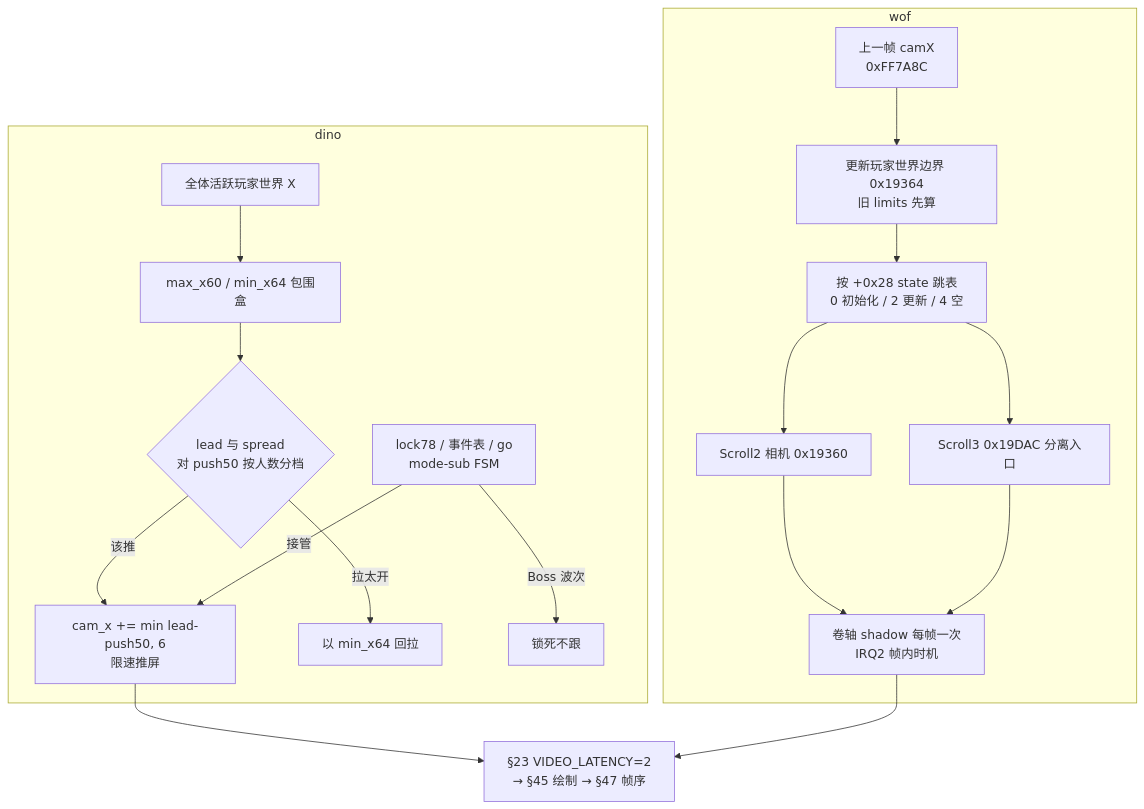
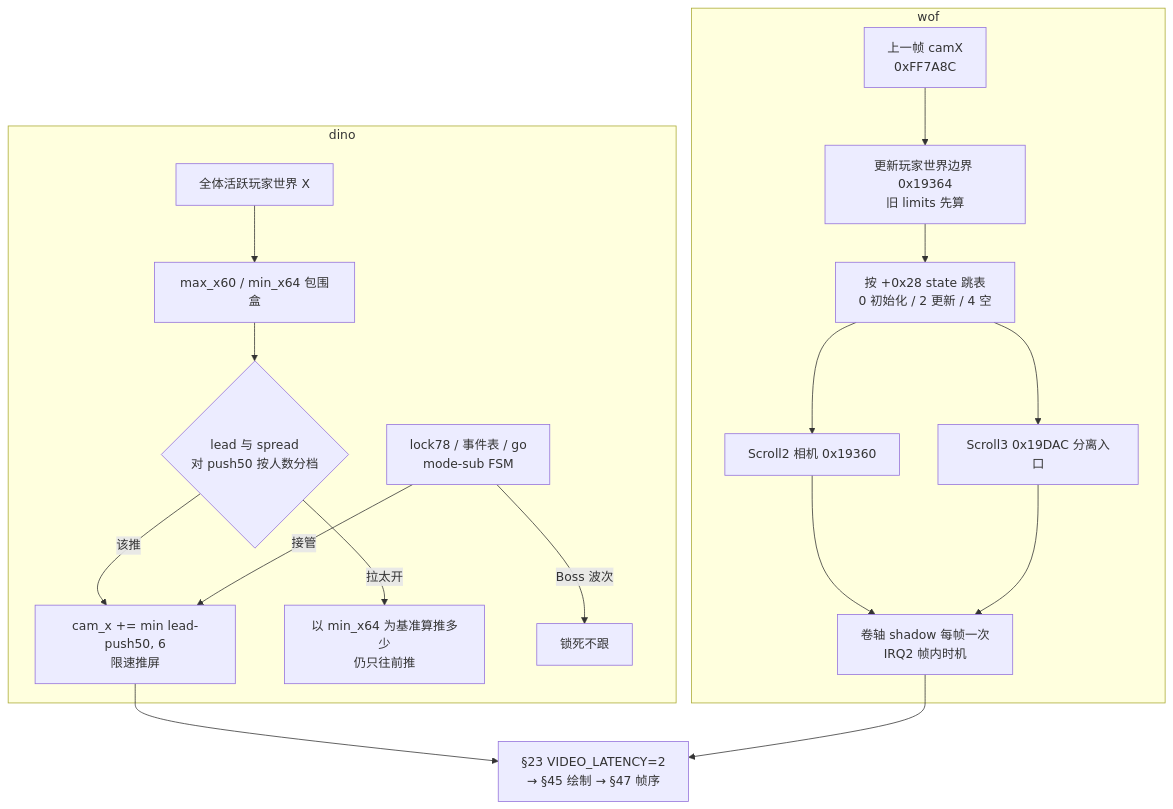
Before and after one commit to OrochiZ/cadillacs-and-dinosaurs-rust-remake: diagram 13 of 15 in notes/03-frame.md, drawn with Mermaid. The commit also changed other lines of this file and 1 other file, not shown here.

````diff
--- a/notes/03-frame.md
+++ b/notes/03-frame.md
@@ -1171,21 +1171,21 @@
 ```mermaid
 flowchart TD
     subgraph dino
         P[全体活跃玩家世界 X] --> E["max_x60 / min_x64 包围盒"]
         E --> T{"lead 与 spread<br/>对 push50 按人数分档"}
         T -->|该推| D["cam_x += min lead-push50, 6<br/>限速推屏"]
-        T -->|拉太开| R["以 min_x64 回拉"]
+        T -->|拉太开| R["以 min_x64 为基准算推多少<br/>仍只往前推"]
         L["lock78 / 事件表 / go<br/>mode-sub FSM"] -->|接管| D
         L -->|Boss 波次| F[锁死不跟]
     end
     subgraph wof
         W["上一帧 camX<br/>0xFF7A8C"] --> B["更新玩家世界边界 0x19364<br/>旧 limits 先算"]
         B --> J["按 +0x28 state 跳表<br/>0 初始化 / 2 更新 / 4 空"]
         J --> S2["Scroll2 相机 0x19360"]
         J --> S3["Scroll3 0x19DAC 分离入口"]
         S2 --> SH["卷轴 shadow 每帧一次<br/>IRQ2 帧内时机"]
         S3 --> SH
     end
     D --> V["§23 VIDEO_LATENCY=2<br/>→ §45 绘制 → §47 帧序"]
     SH --> V
 ```
````
